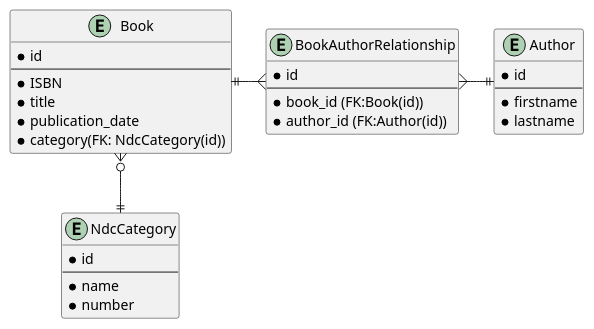
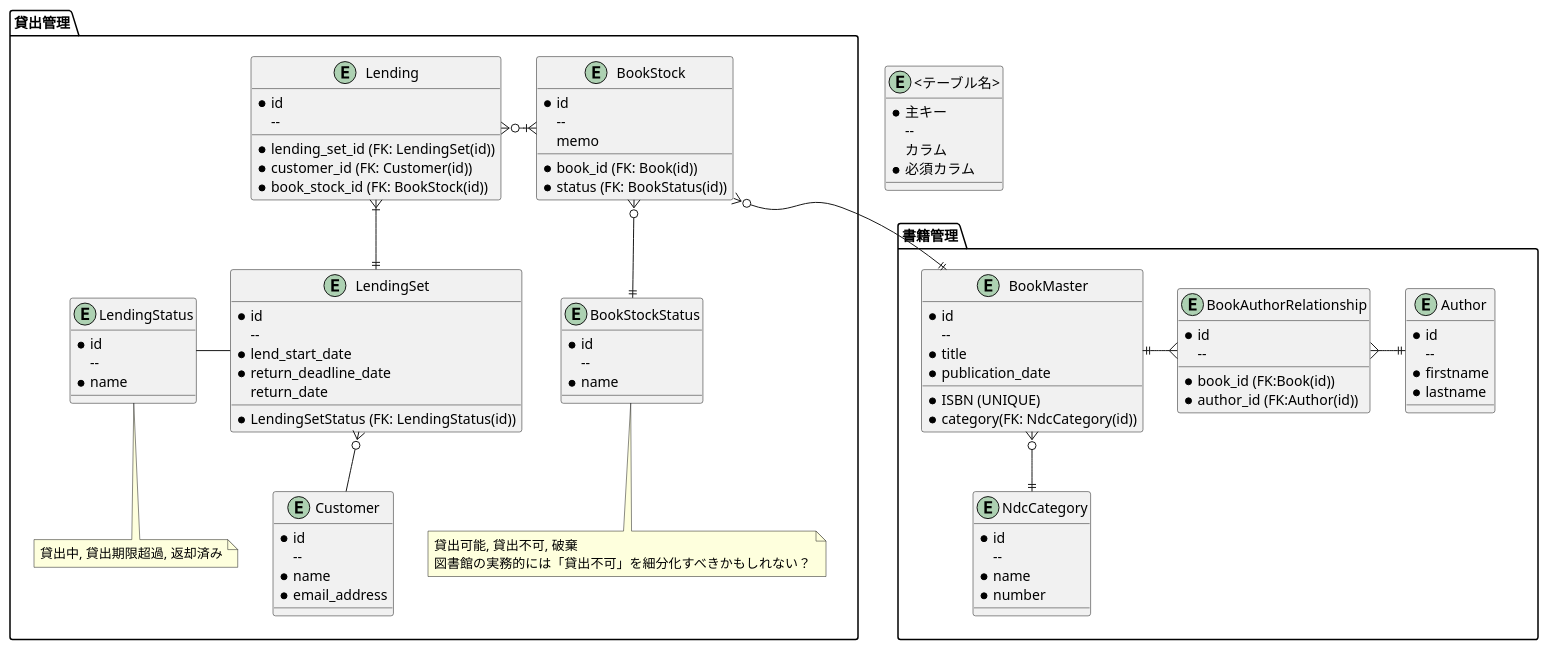
One commit to mikoto2000/LibrarySystem changed the diagram in doc/diagram/ER.puml. Above: the diagram before and after it, drawn with PlantUML. The commit also changed 1 other file, not shown here.

Commit message:
貸出管理の ER 図を追加。

```diff
--- a/doc/diagram/ER.puml
+++ b/doc/diagram/ER.puml
@@ -1,36 +1,110 @@
 @startuml
-entity NdcCategory {
-  * id
-  --
-  * name
-  * number
+
+package "貸出管理" {
+
+  entity BookStock {
+    * id
+      --
+      * book_id (FK: Book(id))
+      * status (FK: BookStatus(id))
+      memo
+  }
+
+  entity BookStockStatus {
+    * id
+      --
+      * name
+  }
+
+  note bottom: 貸出可能, 貸出不可, 破棄\n図書館の実務的には「貸出不可」を細分化すべきかもしれない？
+
+  entity Customer {
+    * id
+      --
+      * name
+      * email_address
+  }
+
+  entity Lending {
+    * id
+      --
+      * lending_set_id (FK: LendingSet(id))
+      * customer_id (FK: Customer(id))
+      * book_stock_id (FK: BookStock(id))
+  }
+
+  entity LendingSet {
+    * id
+      --
+      * LendingSetStatus (FK: LendingStatus(id))
+      * lend_start_date
+      * return_deadline_date
+      return_date
+  }
+
+  entity LendingStatus {
+    * id
+      --
+      * name
+  }
+
+  note bottom: 貸出中, 貸出期限超過, 返却済み
+
 }
 
-entity Book {
-  * id
-  --
-  * ISBN
-  * title
-  * publication_date
-  * category(FK: NdcCategory(id))
+package "書籍管理" {
+
+  entity NdcCategory {
+    * id
+      --
+      * name
+      * number
+  }
+
+  entity BookMaster {
+    * id
+      --
+      * ISBN (UNIQUE)
+      * title
+      * publication_date
+      * category(FK: NdcCategory(id))
+  }
+
+  entity Author {
+    * id
+      --
+      * firstname
+      * lastname
+  }
+
+  entity BookAuthorRelationship {
+    * id
+      --
+      * book_id (FK:Book(id))
+      * author_id (FK:Author(id))
+  }
+
 }
 
-entity Author {
-  * id
-  --
-  * firstname
-  * lastname
+BookMaster ||-{ BookAuthorRelationship
+BookMaster }o--|| NdcCategory
+BookAuthorRelationship }-|| Author
+
+BookStock }o-|| BookMaster
+Lending }o-|{ BookStock
+LendingSet }o-- Customer
+
+BookStock }o--|| BookStockStatus
+Lending }|--|| LendingSet
+LendingStatus - LendingSet
+
+"貸出管理" -[hidden]- "書籍管理"
+
+entity "<テーブル名>" {
+  * 主キー
+    --
+    カラム
+    * 必須カラム
 }
 
-entity BookAuthorRelationship {
-  * id
-  --
-  * book_id (FK:Book(id))
-  * author_id (FK:Author(id))
-}
-
-Book ||-{ BookAuthorRelationship
-Book }o--|| NdcCategory
-BookAuthorRelationship }-|| Author
-
 @enduml
```
